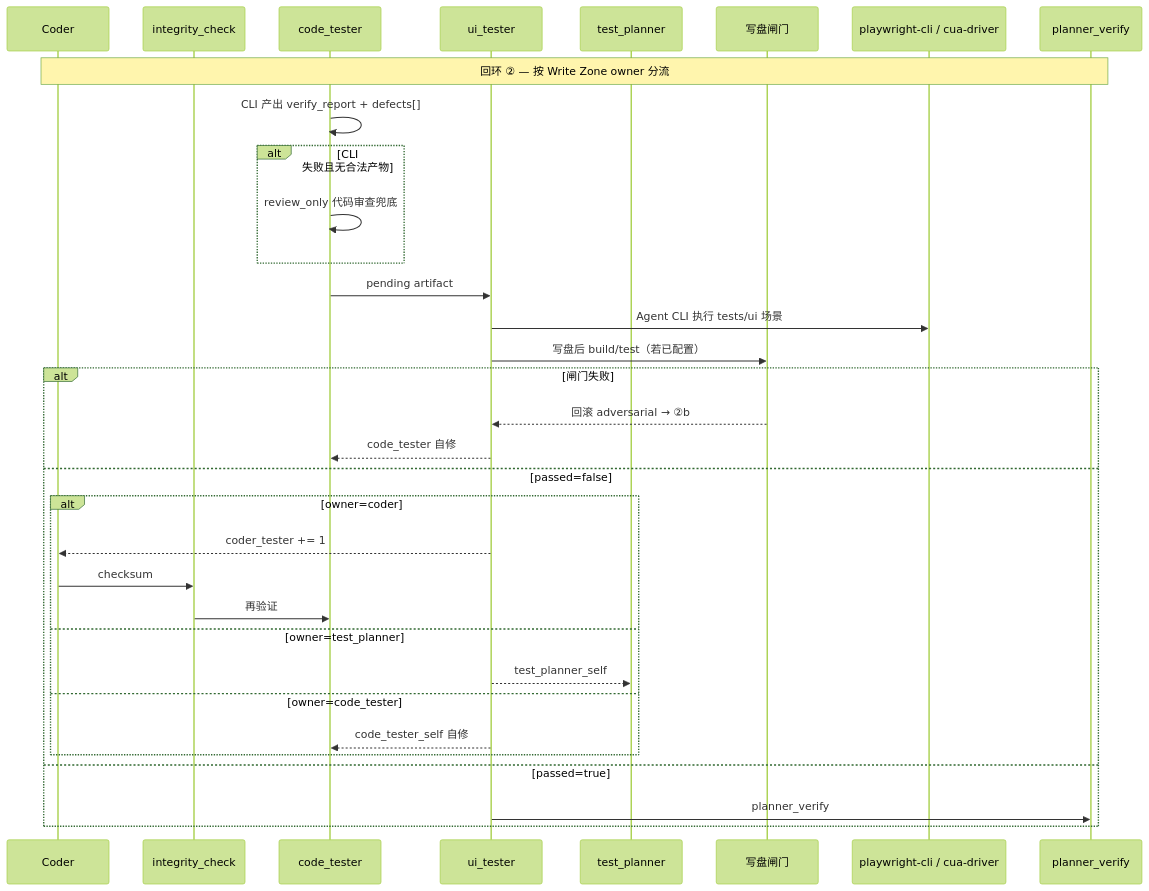
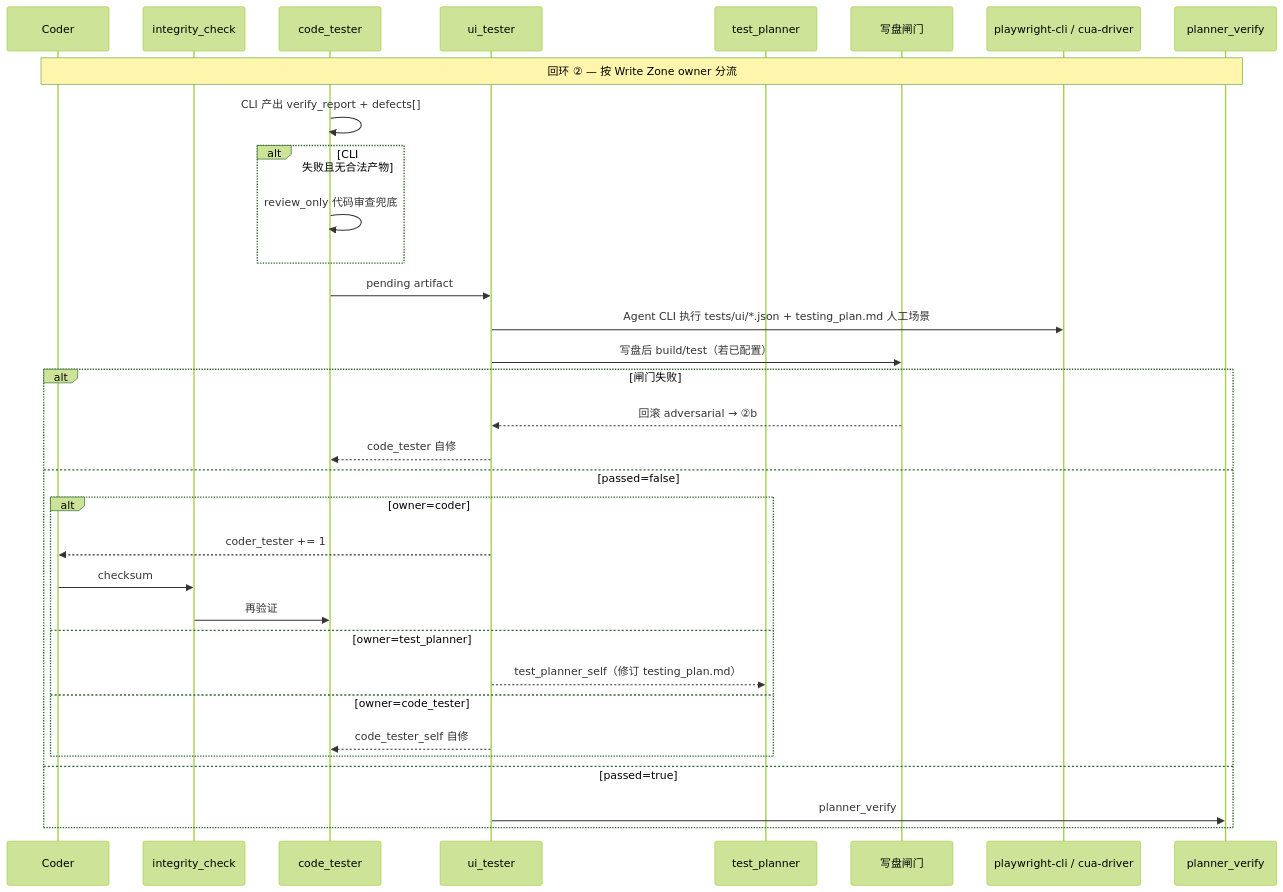
Before and after one commit to ai-poet/spec-forge: the third of 4 diagrams in README.md, drawn with Mermaid (forest theme). The commit also changed other lines of this file, not shown here.

First line of the commit message:
docs: update README to clarify testing plan and roles in the workflow

````diff
--- a/README.md
+++ b/README.md
@@ -343,36 +343,36 @@
 ```mermaid
 sequenceDiagram
   participant Coder
   participant Integrity as integrity_check
   participant CodeTester as code_tester
   participant UiTester as ui_tester
   participant TestPlanner as test_planner
   participant Gate as 写盘闸门
   participant UI as playwright-cli / cua-driver
   participant Verify as planner_verify
 
   Note over Coder,Verify: 回环 ② — 按 Write Zone owner 分流
   CodeTester->>CodeTester: CLI 产出 verify_report + defects[]
   alt CLI 失败且无合法产物
     CodeTester->>CodeTester: review_only 代码审查兜底
   end
   CodeTester->>UiTester: pending artifact
-  UiTester->>UI: Agent CLI 执行 tests/ui 场景
+  UiTester->>UI: Agent CLI 执行 tests/ui/*.json + testing_plan.md 人工场景
   UiTester->>Gate: 写盘后 build/test（若已配置）
   alt 闸门失败
     Gate-->>UiTester: 回滚 adversarial → ②b
     UiTester-->>CodeTester: code_tester 自修
   else passed=false
     alt owner=coder
       UiTester-->>Coder: coder_tester += 1
       Coder->>Integrity: checksum
       Integrity->>CodeTester: 再验证
     else owner=test_planner
-      UiTester-->>TestPlanner: test_planner_self
+      UiTester-->>TestPlanner: test_planner_self（修订 testing_plan.md）
     else owner=code_tester
       UiTester-->>CodeTester: code_tester_self 自修
     end
   else passed=true
     UiTester->>Verify: planner_verify
   end
 ```
````
